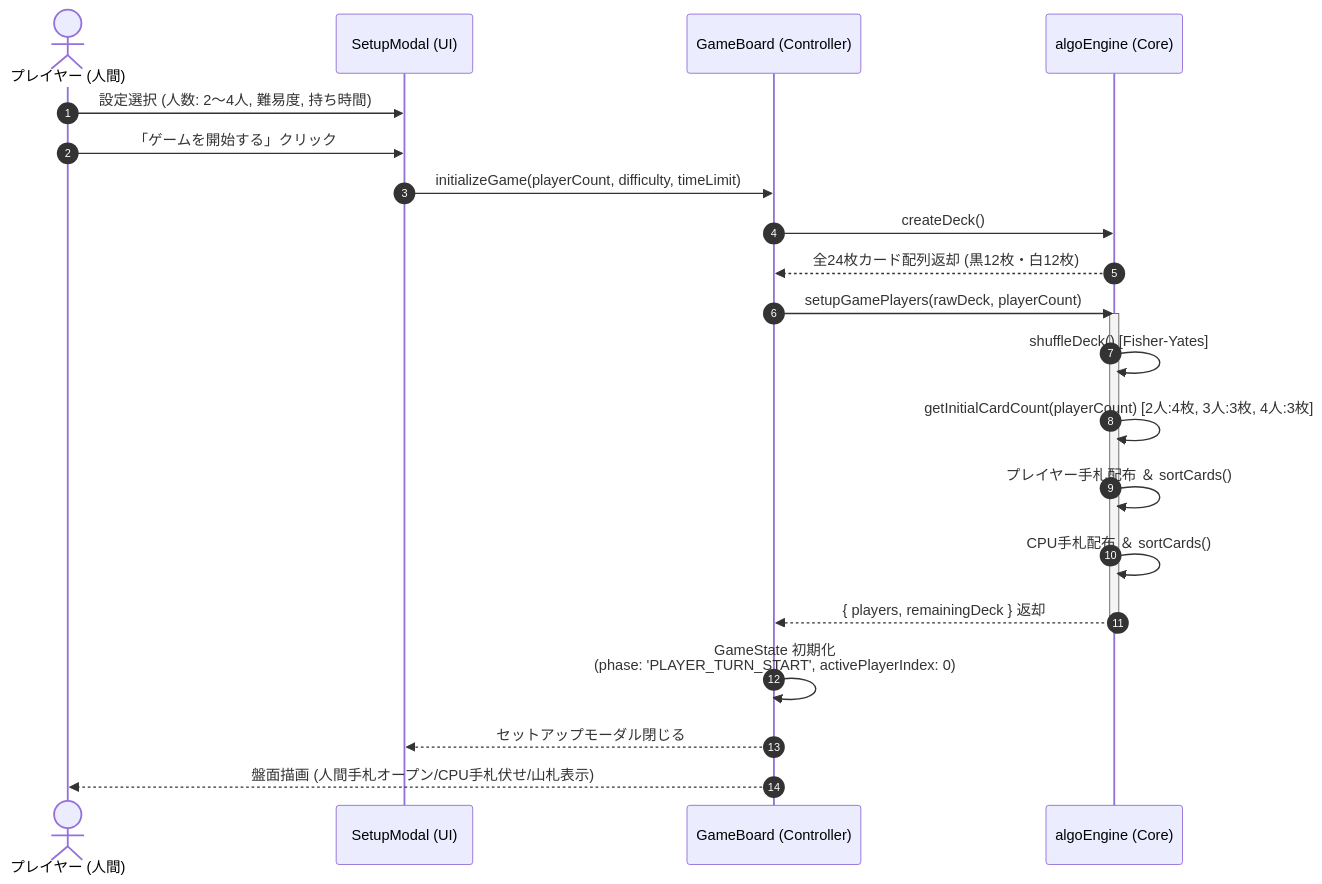
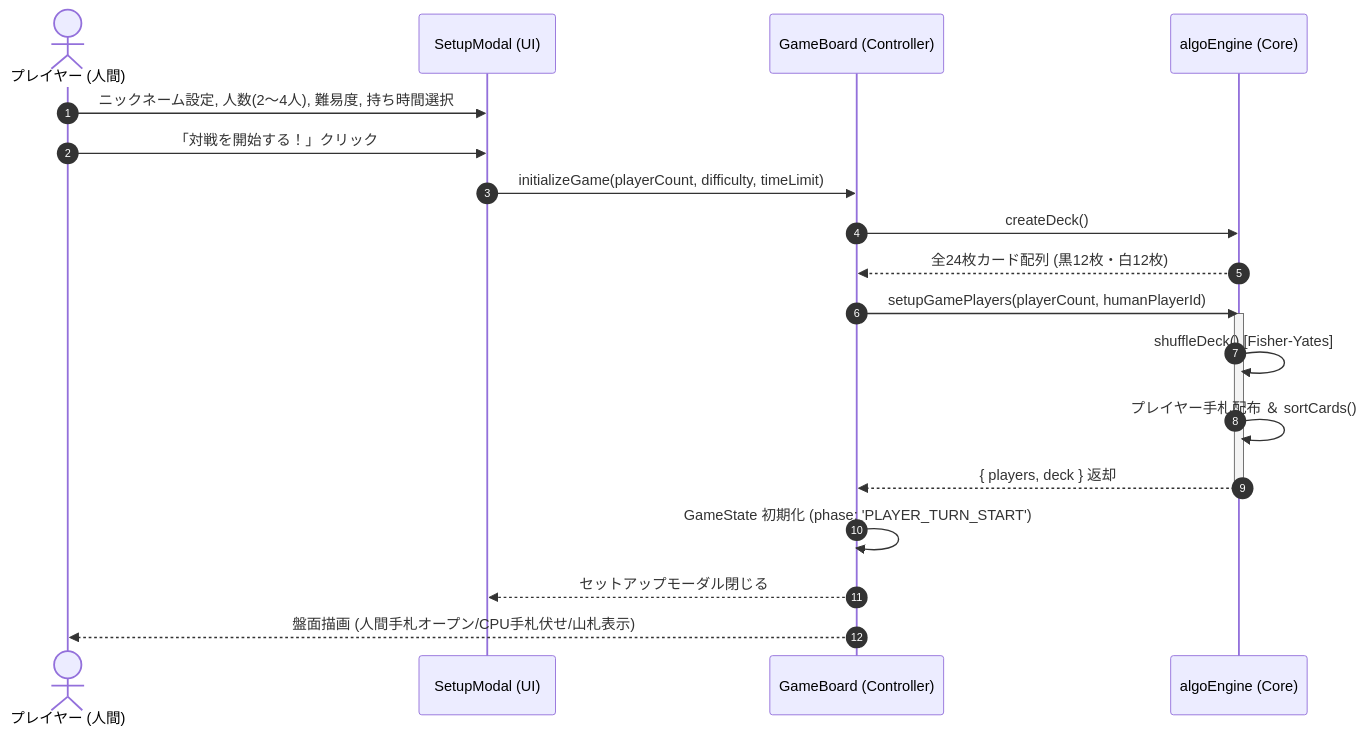
One commit to dandelion0016/algo changed the first of 6 diagrams in docs/design/backend/sequence-diagrams.md. Above: the diagram before and after it, drawn with Mermaid. The commit also changed other lines of this file and 9 other files, not shown here.

````diff
--- a/docs/design/backend/sequence-diagrams.md
+++ b/docs/design/backend/sequence-diagrams.md
@@ -20,28 +19,26 @@
 ```mermaid
 sequenceDiagram
     autonumber
     actor User as プレイヤー (人間)
     participant Setup as SetupModal (UI)
     participant Board as GameBoard (Controller)
     participant Engine as algoEngine (Core)
 
-    User->>Setup: 設定選択 (人数: 2〜4人, 難易度, 持ち時間)
-    User->>Setup: 「ゲームを開始する」クリック
+    User->>Setup: ニックネーム設定, 人数(2〜4人), 難易度, 持ち時間選択
+    User->>Setup: 「対戦を開始する！」クリック
     Setup->>Board: initializeGame(playerCount, difficulty, timeLimit)
 
     Board->>Engine: createDeck()
-    Engine-->>Board: 全24枚カード配列返却 (黒12枚・白12枚)
+    Engine-->>Board: 全24枚カード配列 (黒12枚・白12枚)
 
-    Board->>Engine: setupGamePlayers(rawDeck, playerCount)
+    Board->>Engine: setupGamePlayers(playerCount, humanPlayerId)
     activate Engine
     Engine->>Engine: shuffleDeck() [Fisher-Yates]
-    Engine->>Engine: getInitialCardCount(playerCount) [2人:4枚, 3人:3枚, 4人:3枚]
     Engine->>Engine: プレイヤー手札配布 ＆ sortCards()
-    Engine->>Engine: CPU手札配布 ＆ sortCards()
-    Engine-->>Board: { players, remainingDeck } 返却
+    Engine-->>Board: { players, deck } 返却
     deactivate Engine
 
-    Board->>Board: GameState 初期化<br/>(phase: 'PLAYER_TURN_START', activePlayerIndex: 0)
+    Board->>Board: GameState 初期化 (phase: 'PLAYER_TURN_START')
     Board-->>Setup: セットアップモーダル閉じる
     Board-->>User: 盤面描画 (人間手札オープン/CPU手札伏せ/山札表示)
 ```
````
